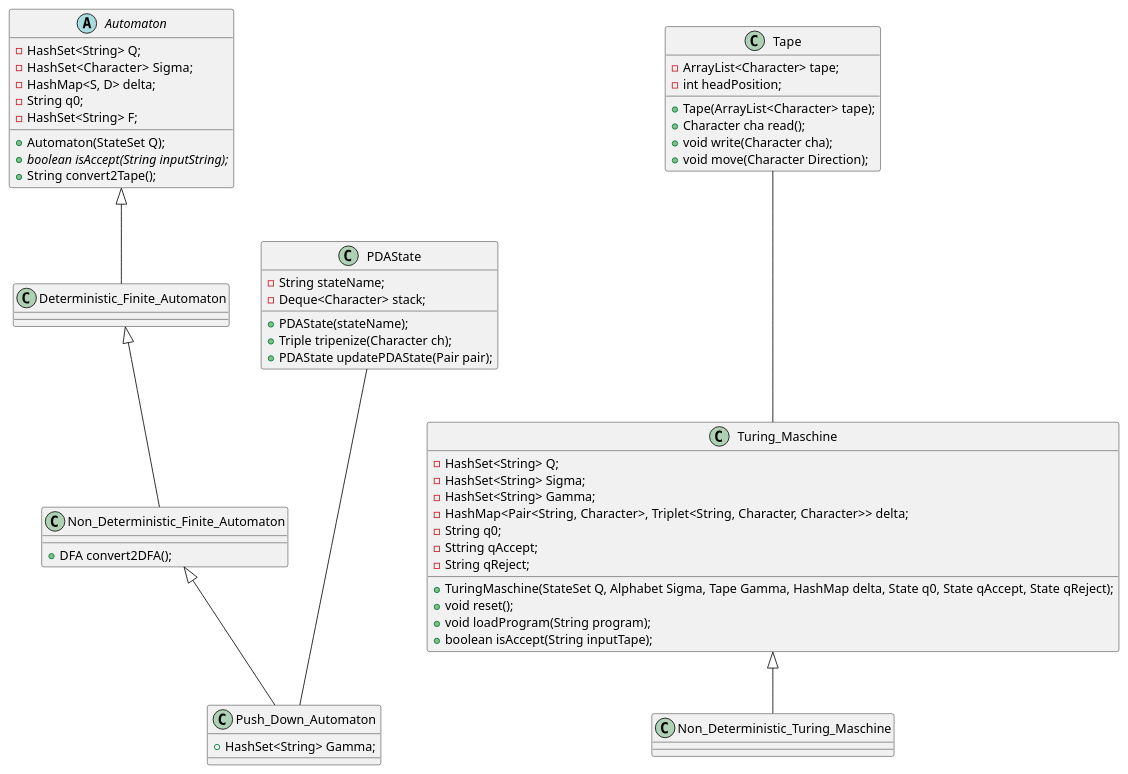
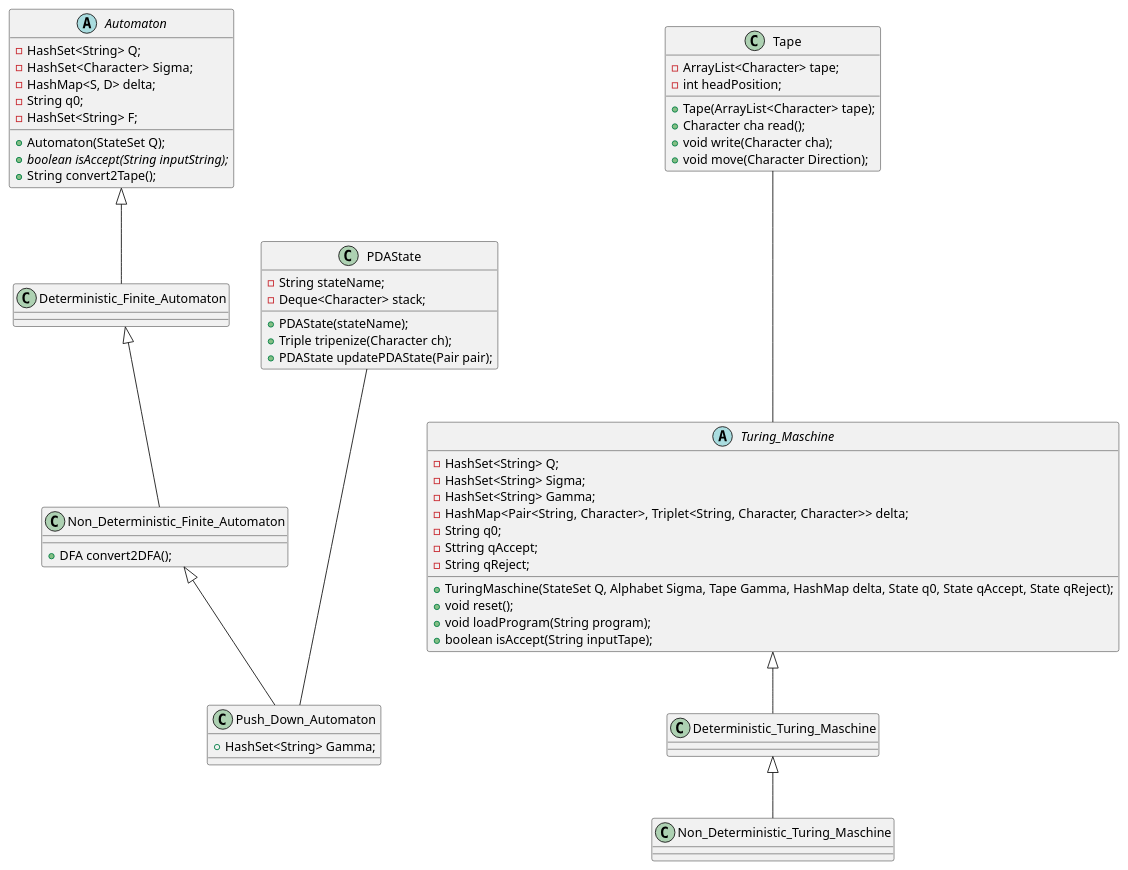
Before and after one commit to okn-yu/ComputationalComplexityTheory: the diagram in Automaton.puml, drawn with PlantUML. The commit also changed 5 other files, not shown here.

```diff
--- a/Automaton.puml
+++ b/Automaton.puml
@@ -1,71 +1,76 @@
 @startuml
 
 abstract Automaton {
 - HashSet<String> Q;
 - HashSet<Character>  Sigma;
 - HashMap<S, D> delta;
 - String q0;
 - HashSet<String> F;
 + Automaton(StateSet Q);
 + {abstract} boolean isAccept(String inputString);
 + String convert2Tape();
 }
 
 Automaton <|-- Deterministic_Finite_Automaton
 class Deterministic_Finite_Automaton {
 }
 
 Deterministic_Finite_Automaton <|-- Non_Deterministic_Finite_Automaton
 class  Non_Deterministic_Finite_Automaton {
 + DFA convert2DFA();
 }
 
 Non_Deterministic_Finite_Automaton <|-- Push_Down_Automaton
 class Push_Down_Automaton {
 + HashSet<String> Gamma;
 }
 
 PDAState --- Push_Down_Automaton
 
 class PDAState {
 - String stateName;
 - Deque<Character> stack;
 
 + PDAState(stateName);
 + Triple tripenize(Character ch);
 + PDAState updatePDAState(Pair pair);
 }
 
-class Turing_Maschine{
+abstract class Turing_Maschine{
 - HashSet<String> Q;
 - HashSet<String> Sigma;
 - HashSet<String> Gamma;
 - HashMap<Pair<String, Character>, Triplet<String, Character, Character>> delta;
 - String q0;
 - Sttring qAccept;
 - String qReject;
 
 + TuringMaschine(StateSet Q, Alphabet Sigma, Tape Gamma, HashMap delta, State q0, State qAccept, State qReject);
 + void reset();
 + void loadProgram(String program);
 + boolean isAccept(String inputTape);
 }
 
-Turing_Maschine <|-- Non_Deterministic_Turing_Maschine
+Turing_Maschine <|-- Deterministic_Turing_Maschine
+
+class Deterministic_Turing_Maschine{
+}
+
+Deterministic_Turing_Maschine <|-- Non_Deterministic_Turing_Maschine
 
 class Non_Deterministic_Turing_Maschine{
 }
 
 Tape --- Turing_Maschine
 
 class Tape{
 - ArrayList<Character> tape;
 - int headPosition;
 
 + Tape(ArrayList<Character> tape);
 + Character cha read();
 + void write(Character cha);
 + void move(Character Direction);
 }
 
 @enduml
```
